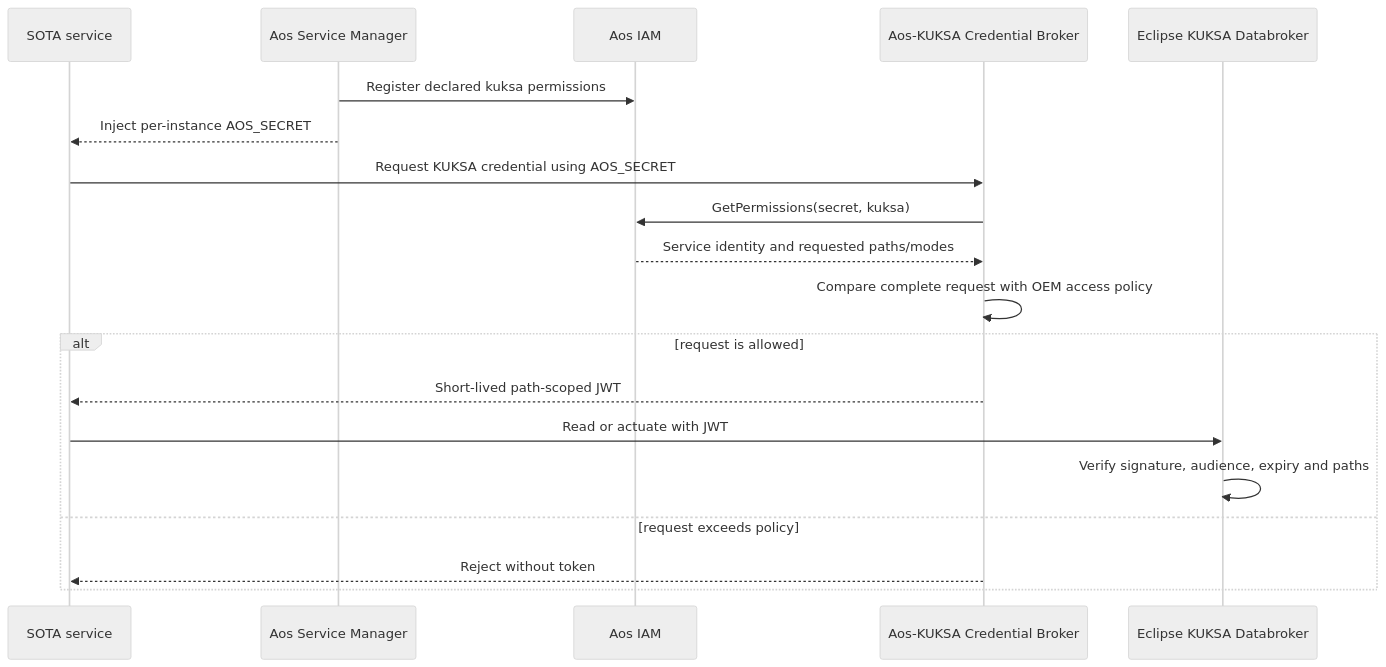
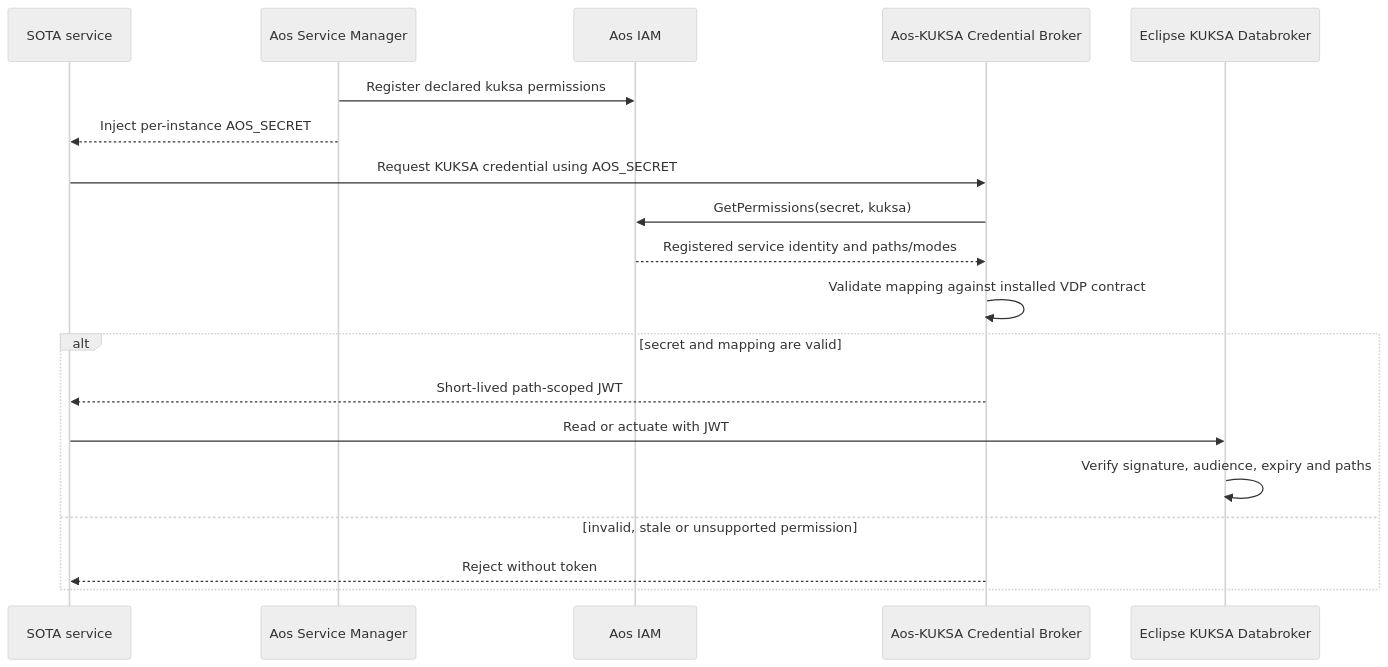
Before and after one commit to alexmaninblack/aosedge-sdv-demo: the diagram in docs/architecture/decisions/0010-aos-kuksa-credential-broker.md, drawn with Mermaid (neutral theme). The commit also changed other lines of this file and 33 other files, not shown here.

````diff
--- a/docs/architecture/decisions/0010-aos-kuksa-credential-broker.md
+++ b/docs/architecture/decisions/0010-aos-kuksa-credential-broker.md
@@ -68,22 +85,22 @@
 ```mermaid
 sequenceDiagram
     participant S as SOTA service
     participant SM as Aos Service Manager
     participant IAM as Aos IAM
     participant B as Aos-KUKSA Credential Broker
     participant K as Eclipse KUKSA Databroker
 
     SM->>IAM: Register declared kuksa permissions
     SM-->>S: Inject per-instance AOS_SECRET
     S->>B: Request KUKSA credential using AOS_SECRET
     B->>IAM: GetPermissions(secret, kuksa)
-    IAM-->>B: Service identity and requested paths/modes
-    B->>B: Compare complete request with OEM access policy
-    alt request is allowed
+    IAM-->>B: Registered service identity and paths/modes
+    B->>B: Validate mapping against installed VDP contract
+    alt secret and mapping are valid
         B-->>S: Short-lived path-scoped JWT
         S->>K: Read or actuate with JWT
         K->>K: Verify signature, audience, expiry and paths
-    else request exceeds policy
+    else invalid, stale or unsupported permission
         B-->>S: Reject without token
     end
 ```
````
